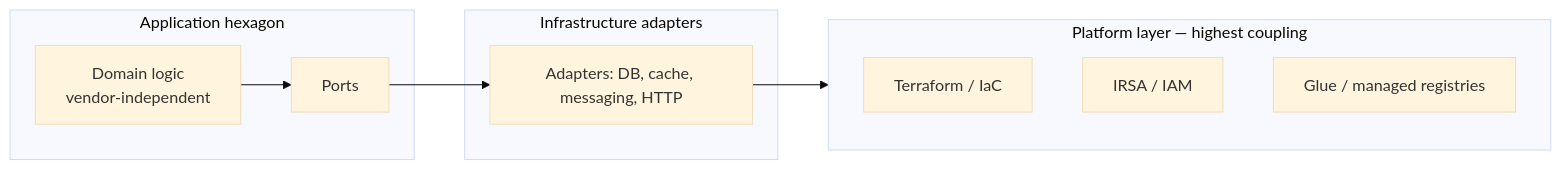
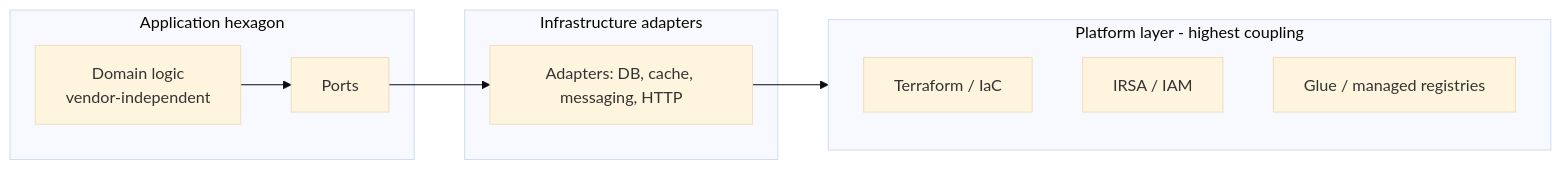
Before and after one commit to rishikeshdhokare/platform-manifesto: the second of 3 diagrams in 08-program/03-vendor-assessment.md, drawn with Mermaid (base theme). The commit also changed other lines of this file and 16 other files, not shown here.

````diff
--- a/08-program/03-vendor-assessment.md
+++ b/08-program/03-vendor-assessment.md
@@ -65,18 +65,18 @@
 ```mermaid
 flowchart LR
     subgraph hex [Application hexagon]
         DOM[Domain logic<br/>vendor-independent]
         PORT[Ports]
     end
     subgraph adapters [Infrastructure adapters]
         ADP[Adapters: DB, cache, messaging, HTTP]
     end
-    subgraph platform [Platform layer — highest coupling]
+    subgraph platform [Platform layer - highest coupling]
         TF[Terraform / IaC]
         IAM[IRSA / IAM]
         REG[Glue / managed registries]
     end
     DOM --> PORT
     PORT --> ADP
     ADP --> platform
 ```
````
